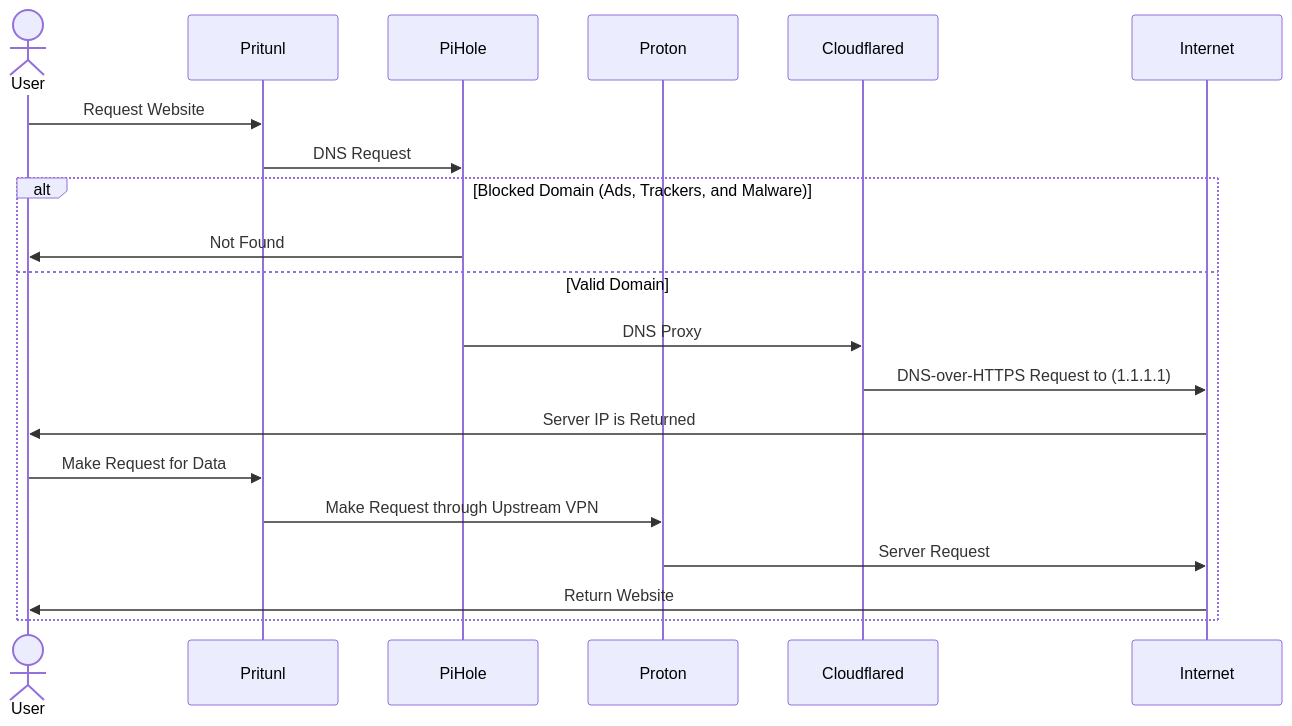
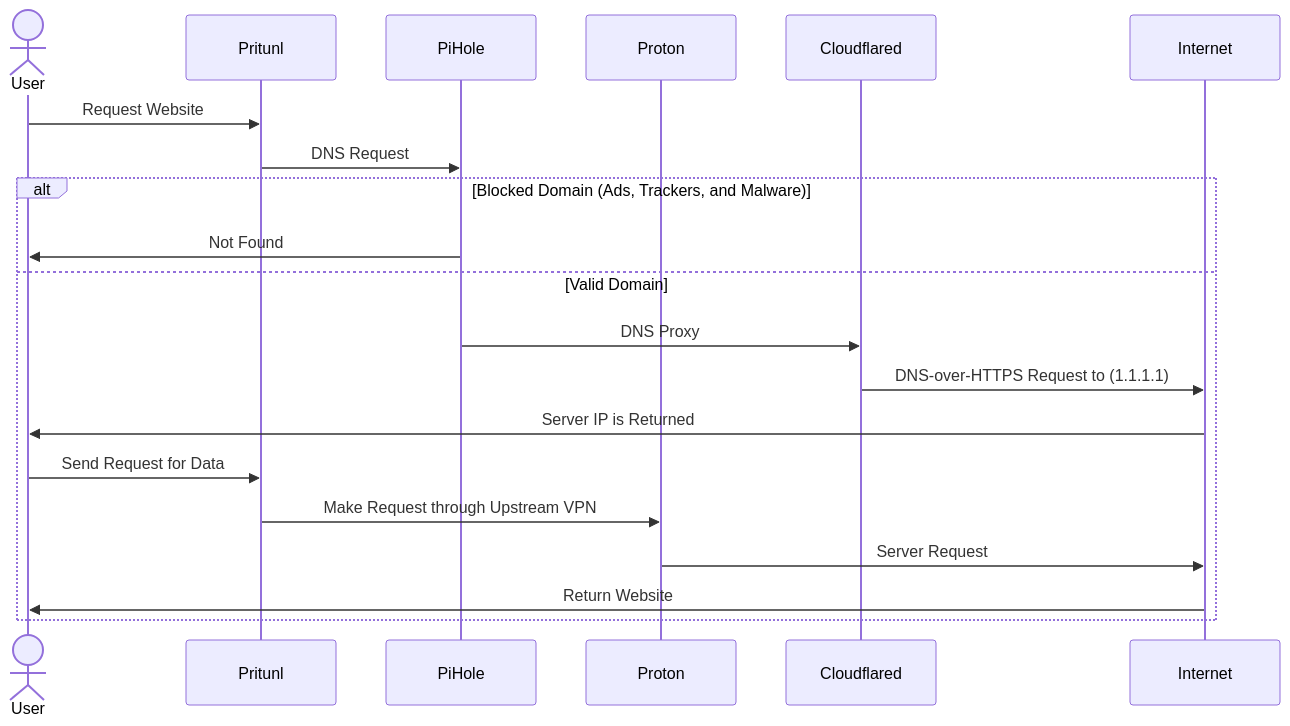
One commit to kyokley/PPP changed the diagram in README.md. Above: the diagram before and after it, drawn with Mermaid. The commit also changed other lines of this file, not shown here.

````diff
--- a/README.md
+++ b/README.md
@@ -33,23 +34,23 @@
 ```mermaid
 sequenceDiagram
     actor User
     participant Pritunl
     participant PiHole
     participant Proton
     participant Cloudflared
     participant Internet
 
     User ->> Pritunl: Request Website
     Pritunl ->> PiHole: DNS Request
     alt Blocked Domain (Ads, Trackers, and Malware)
         PiHole ->> User: Not Found
     else Valid Domain
         PiHole ->> Cloudflared: DNS Proxy
         Cloudflared ->> Internet: DNS-over-HTTPS Request to (1.1.1.1)
         Internet ->> User: Server IP is Returned
-        User ->> Pritunl: Make Request for Data
+        User ->> Pritunl: Send Request for Data
         Pritunl ->> Proton: Make Request through Upstream VPN
         Proton ->> Internet: Server Request
         Internet ->> User: Return Website
     end
 ```
````
